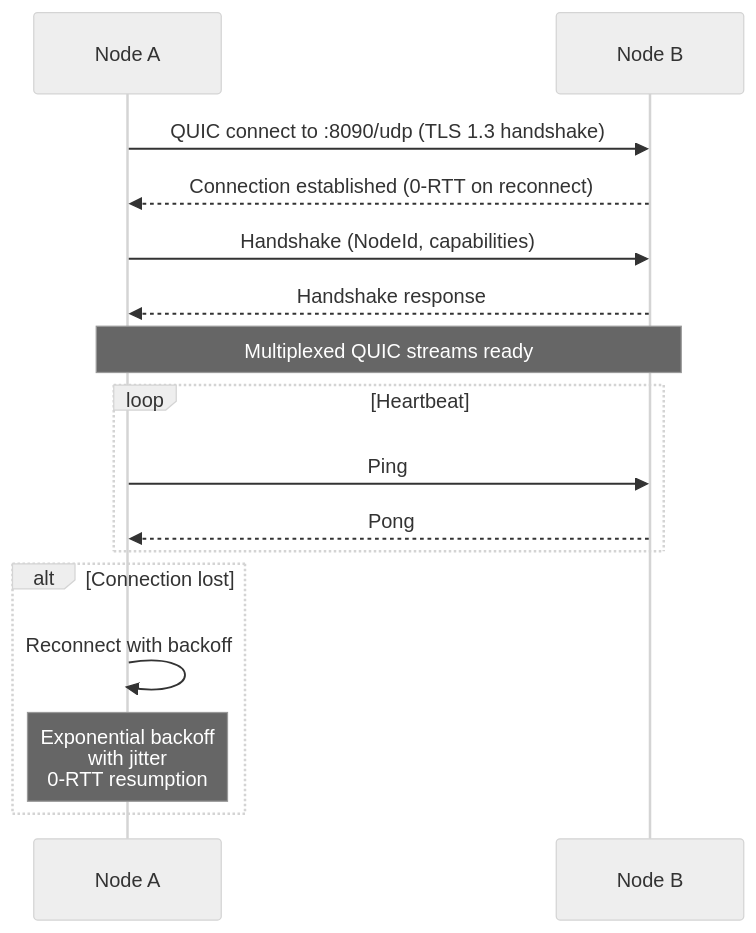
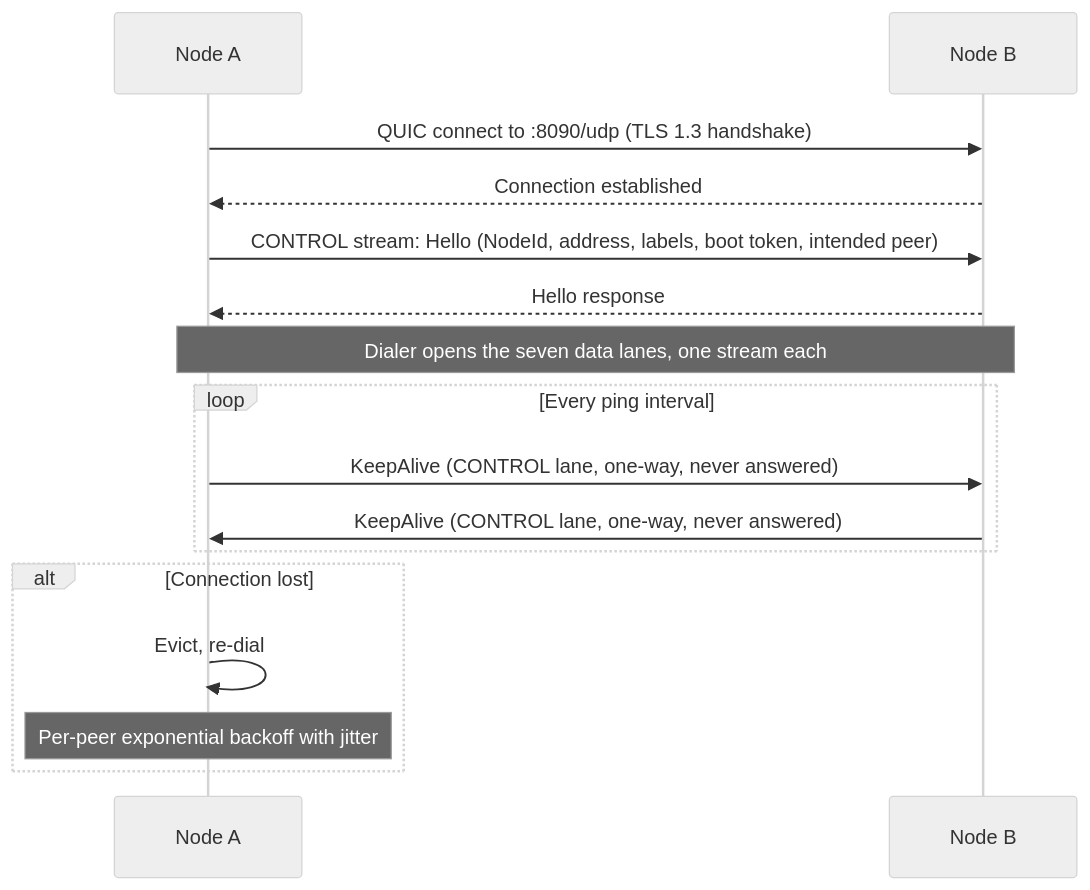
One commit to pragmaticalabs/pragmatica changed the second of 6 diagrams in aether/docs/architecture/04-networking.md. Above: the diagram before and after it, drawn with Mermaid (neutral theme). The commit also changed other lines of this file and 17 other files, not shown here.

````diff
--- a/aether/docs/architecture/04-networking.md
+++ b/aether/docs/architecture/04-networking.md
@@ -49,23 +51,23 @@
 ```mermaid
 sequenceDiagram
     participant A as Node A
     participant B as Node B
 
     A->>B: QUIC connect to :8090/udp (TLS 1.3 handshake)
-    B-->>A: Connection established (0-RTT on reconnect)
+    B-->>A: Connection established
 
-    A->>B: Handshake (NodeId, capabilities)
-    B-->>A: Handshake response
+    A->>B: CONTROL stream: Hello (NodeId, address, labels, boot token, intended peer)
+    B-->>A: Hello response
 
-    Note over A,B: Multiplexed QUIC streams ready
+    Note over A,B: Dialer opens the seven data lanes, one stream each
 
-    loop Heartbeat
-        A->>B: Ping
-        B-->>A: Pong
+    loop Every ping interval
+        A->>B: KeepAlive (CONTROL lane, one-way, never answered)
+        B->>A: KeepAlive (CONTROL lane, one-way, never answered)
     end
 
     alt Connection lost
-        A->>A: Reconnect with backoff
-        Note over A: Exponential backoff<br/>with jitter<br/>0-RTT resumption
+        A->>A: Evict, re-dial
+        Note over A: Per-peer exponential backoff with jitter
     end
 ```
````
